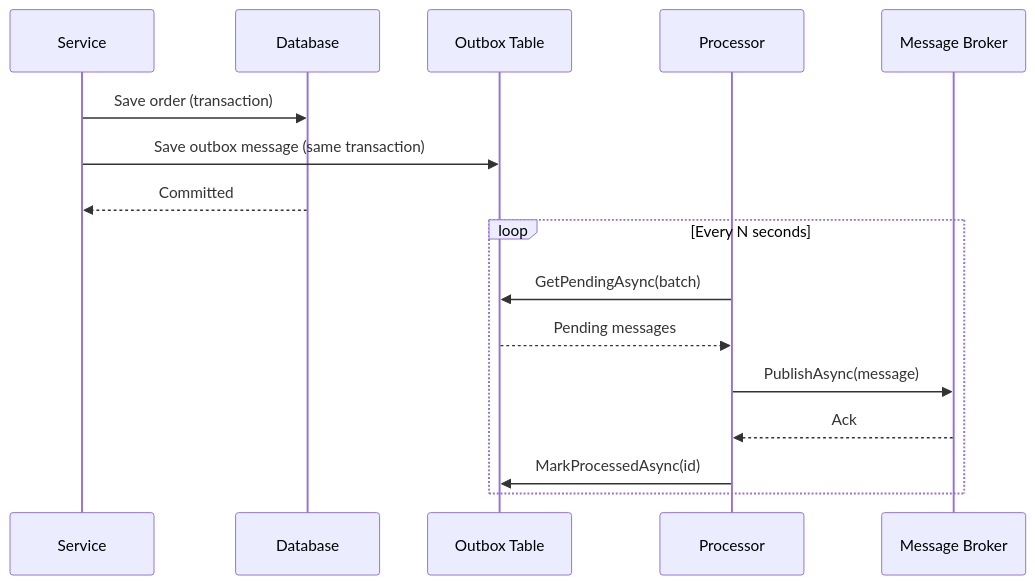
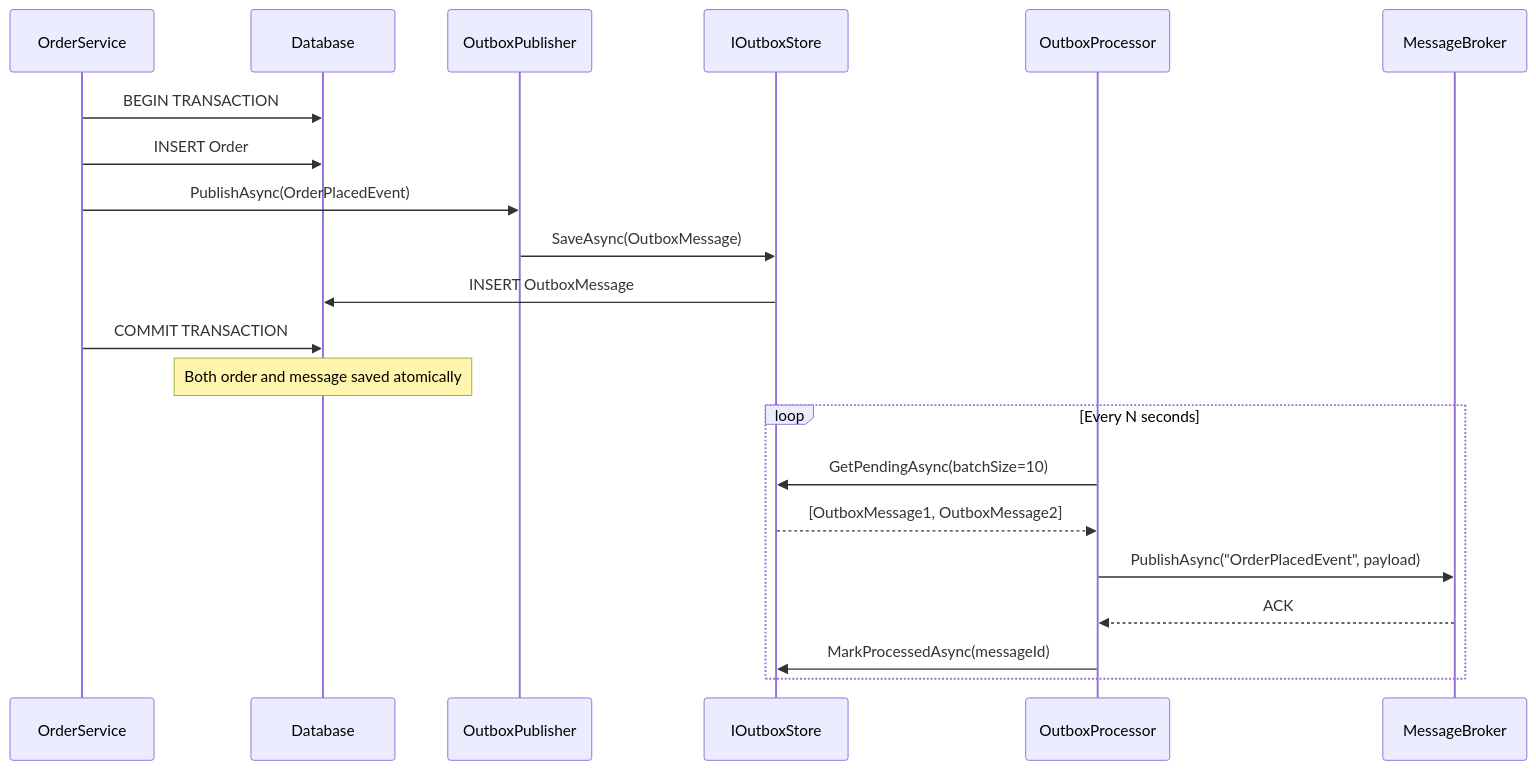
The second of 2 diagrams in src/DesignPatterns.Enterprise/Outbox/README.md (senapatisantosh/DotnetAdvanceDesignPattern), drawn with Mermaid before and after one commit. The commit also changed other lines of this file and 3 other files, not shown here.

````diff
--- a/src/DesignPatterns.Enterprise/Outbox/README.md
+++ b/src/DesignPatterns.Enterprise/Outbox/README.md
@@ -106,20 +125,25 @@
 ```mermaid
 sequenceDiagram
-    participant S as Service
+    participant Service as OrderService
     participant DB as Database
-    participant OB as Outbox Table
-    participant P as Processor
-    participant MQ as Message Broker
+    participant Outbox as OutboxPublisher
+    participant Store as IOutboxStore
+    participant Processor as OutboxProcessor
+    participant Broker as MessageBroker
 
-    S->>DB: Save order (transaction)
-    S->>OB: Save outbox message (same transaction)
-    DB-->>S: Committed
+    Service->>DB: BEGIN TRANSACTION
+    Service->>DB: INSERT Order
+    Service->>Outbox: PublishAsync(OrderPlacedEvent)
+    Outbox->>Store: SaveAsync(OutboxMessage)
+    Store->>DB: INSERT OutboxMessage
+    Service->>DB: COMMIT TRANSACTION
+    Note over DB: Both order and message saved atomically
 
     loop Every N seconds
-        P->>OB: GetPendingAsync(batch)
-        OB-->>P: Pending messages
-        P->>MQ: PublishAsync(message)
-        MQ-->>P: Ack
-        P->>OB: MarkProcessedAsync(id)
+        Processor->>Store: GetPendingAsync(batchSize=10)
+        Store-->>Processor: [OutboxMessage1, OutboxMessage2]
+        Processor->>Broker: PublishAsync("OrderPlacedEvent", payload)
+        Broker-->>Processor: ACK
+        Processor->>Store: MarkProcessedAsync(messageId)
     end
 ```
````
